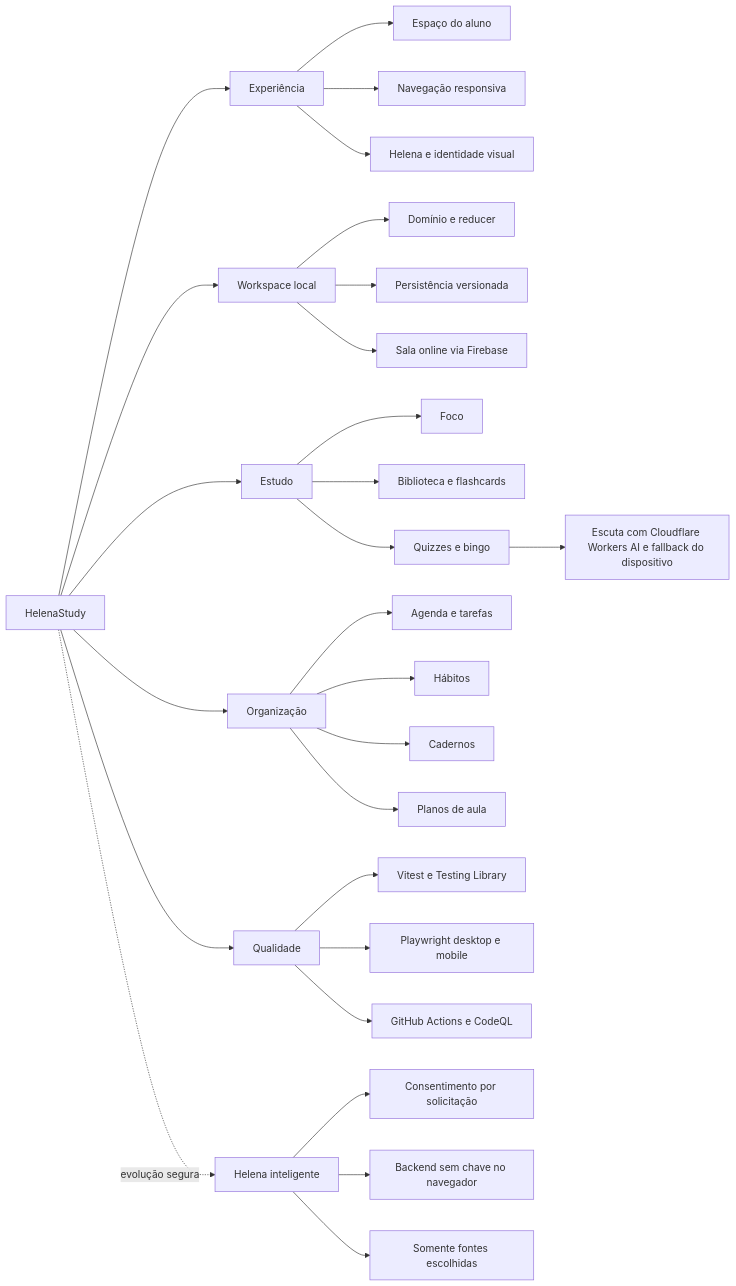
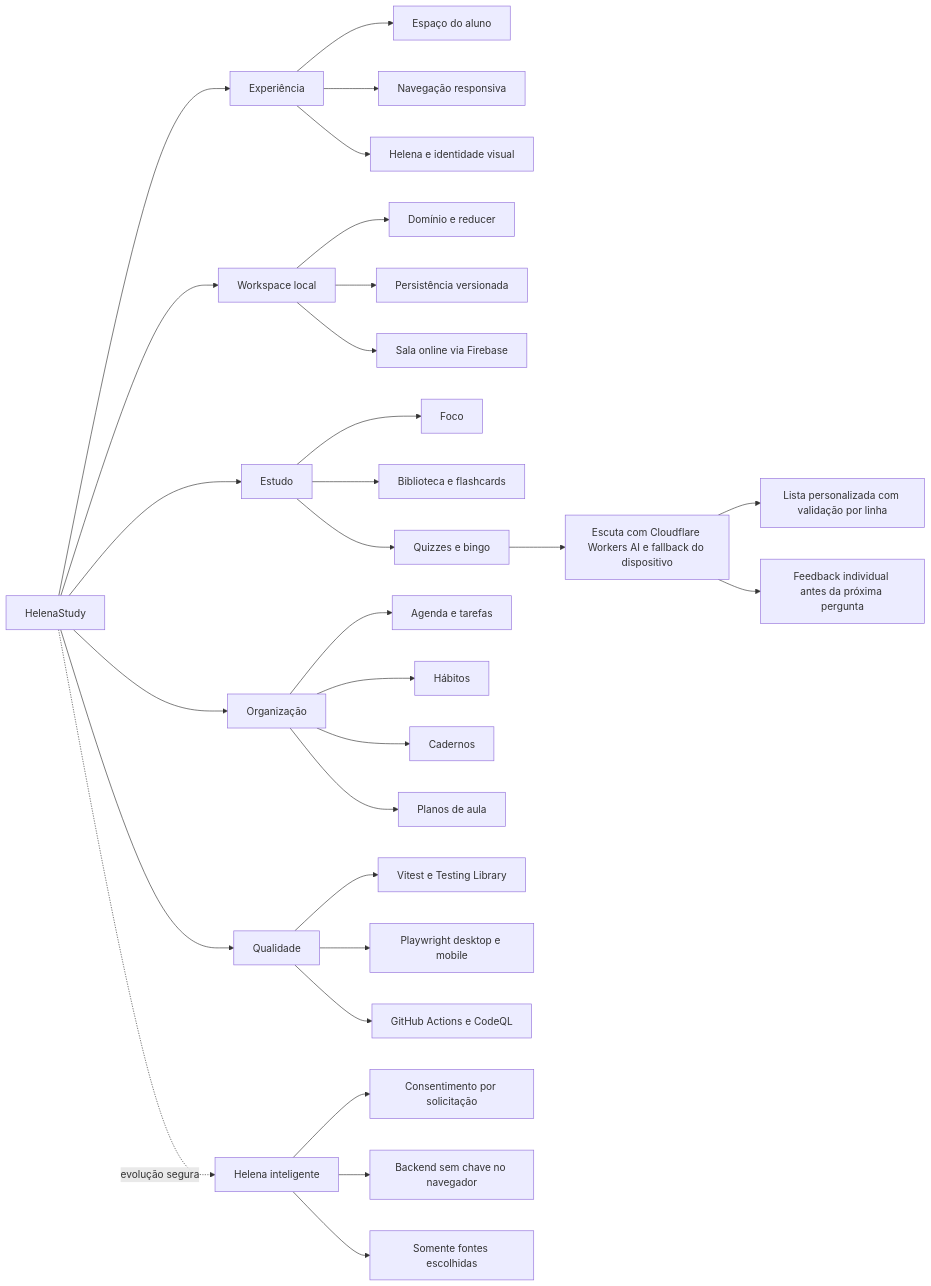
Before and after one commit to olive644/helenastudy: the diagram in docs/SECOND_BRAIN.md, drawn with Mermaid. The commit also changed other lines of this file and 17 other files, not shown here.

Commit message:
fix: improve listening room learning flow

````diff
--- a/docs/SECOND_BRAIN.md
+++ b/docs/SECOND_BRAIN.md
@@ -76,35 +76,37 @@
 ```mermaid
 flowchart LR
   HS[HelenaStudy] --> UX[Experiência]
   HS --> DATA[Workspace local]
   HS --> STUDY[Estudo]
   HS --> ORG[Organização]
   HS --> QUALITY[Qualidade]
   HS -. evolução segura .-> INTEL[Helena inteligente]
 
   UX --> TODAY[Espaço do aluno]
   UX --> NAV[Navegação responsiva]
   UX --> BRAND[Helena e identidade visual]
 
   DATA --> DOMAIN[Domínio e reducer]
   DATA --> STORAGE[Persistência versionada]
   DATA --> ROOM[Sala online via Firebase]
 
   STUDY --> FOCUS[Foco]
   STUDY --> LIB[Biblioteca e flashcards]
   STUDY --> PRACTICE[Quizzes e bingo]
   PRACTICE --> LISTEN[Escuta com Cloudflare Workers AI e fallback do dispositivo]
+  LISTEN --> CUSTOM[Lista personalizada com validação por linha]
+  LISTEN --> FEEDBACK[Feedback individual antes da próxima pergunta]
 
   ORG --> PLAN[Agenda e tarefas]
   ORG --> HABITS[Hábitos]
   ORG --> NOTES[Cadernos]
   ORG --> LESSON[Planos de aula]
 
   QUALITY --> UNIT[Vitest e Testing Library]
   QUALITY --> E2E[Playwright desktop e mobile]
   QUALITY --> CI[GitHub Actions e CodeQL]
 
   INTEL --> CONSENT[Consentimento por solicitação]
   INTEL --> BACKEND[Backend sem chave no navegador]
   INTEL --> SOURCES[Somente fontes escolhidas]
 ```
````
